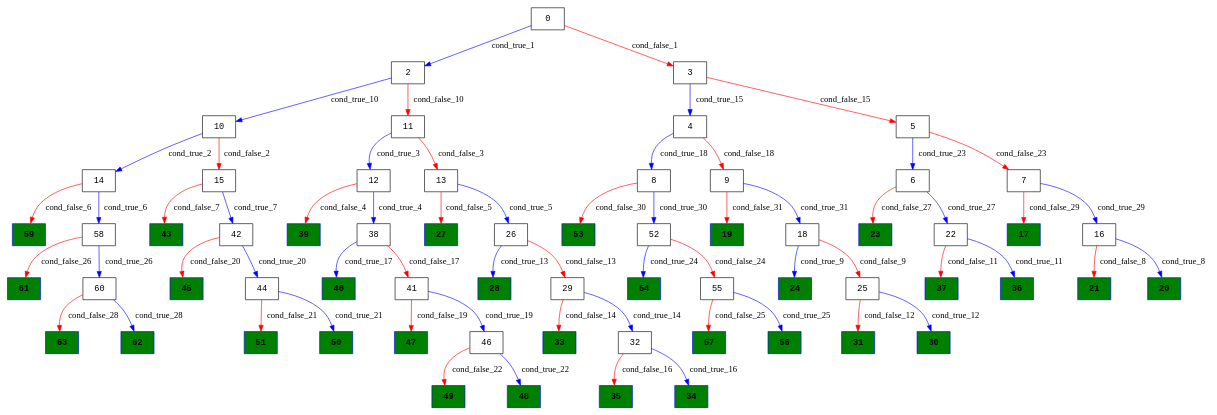
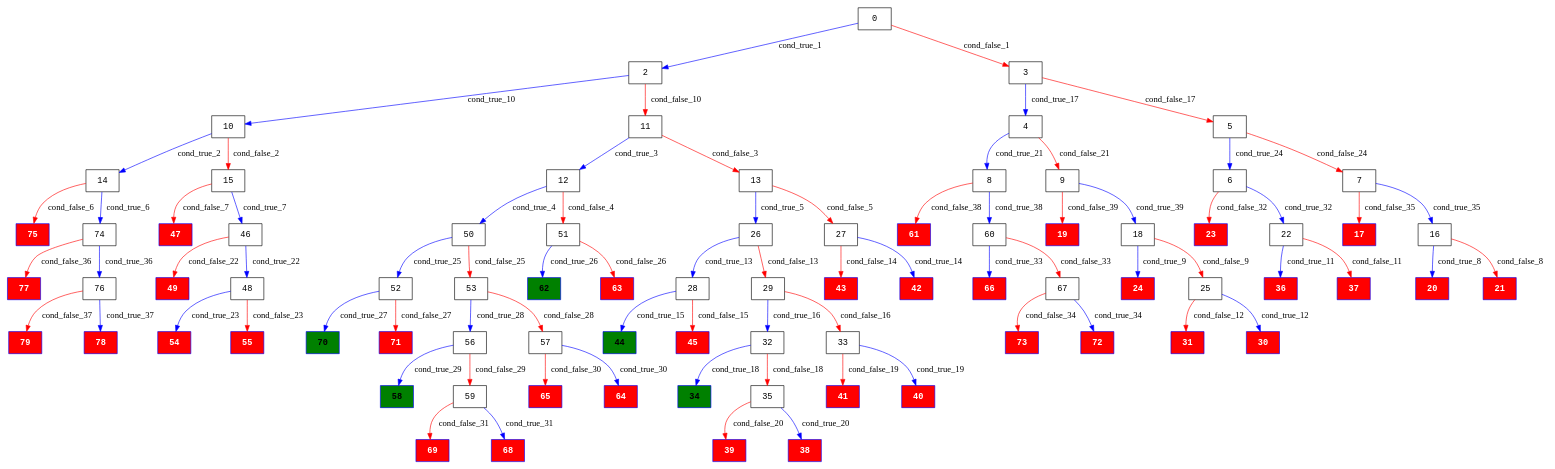
One commit to Research-Tools-PAVT/PSE-Program-Examples changed the diagram in klee_results/monotone_binary_int_all_processed/monotone_binary_int_all_execution_tree.dot. Above: the diagram before and after it, drawn with Graphviz. The commit also changed 186 other files, not shown here.

```diff
--- a/klee_results/monotone_binary_int_all_processed/monotone_binary_int_all_execution_tree.dot
+++ b/klee_results/monotone_binary_int_all_processed/monotone_binary_int_all_execution_tree.dot
@@ -1,97 +1,121 @@
 digraph ExecutionTree {
 	node [color=black fontname=Courier height=.5 shape=record]
-	63 [color=blue, fillcolor=green, style=filled, fontcolor=black, fontname="Courier-Bold"]
+	70 [color=blue, fillcolor=green, style=filled, fontcolor=black, fontname="Courier-Bold"]
 	62 [color=blue, fillcolor=green, style=filled, fontcolor=black, fontname="Courier-Bold"]
-	61 [color=blue, fillcolor=green, style=filled, fontcolor=black, fontname="Courier-Bold"]
-	59 [color=blue, fillcolor=green, style=filled, fontcolor=black, fontname="Courier-Bold"]
-	57 [color=blue, fillcolor=green, style=filled, fontcolor=black, fontname="Courier-Bold"]
-	56 [color=blue, fillcolor=green, style=filled, fontcolor=black, fontname="Courier-Bold"]
-	54 [color=blue, fillcolor=green, style=filled, fontcolor=black, fontname="Courier-Bold"]
-	53 [color=blue, fillcolor=green, style=filled, fontcolor=black, fontname="Courier-Bold"]
-	51 [color=blue, fillcolor=green, style=filled, fontcolor=black, fontname="Courier-Bold"]
-	50 [color=blue, fillcolor=green, style=filled, fontcolor=black, fontname="Courier-Bold"]
-	49 [color=blue, fillcolor=green, style=filled, fontcolor=black, fontname="Courier-Bold"]
-	48 [color=blue, fillcolor=green, style=filled, fontcolor=black, fontname="Courier-Bold"]
-	47 [color=blue, fillcolor=green, style=filled, fontcolor=black, fontname="Courier-Bold"]
-	45 [color=blue, fillcolor=green, style=filled, fontcolor=black, fontname="Courier-Bold"]
-	43 [color=blue, fillcolor=green, style=filled, fontcolor=black, fontname="Courier-Bold"]
-	40 [color=blue, fillcolor=green, style=filled, fontcolor=black, fontname="Courier-Bold"]
-	39 [color=blue, fillcolor=green, style=filled, fontcolor=black, fontname="Courier-Bold"]
-	37 [color=blue, fillcolor=green, style=filled, fontcolor=black, fontname="Courier-Bold"]
-	36 [color=blue, fillcolor=green, style=filled, fontcolor=black, fontname="Courier-Bold"]
-	35 [color=blue, fillcolor=green, style=filled, fontcolor=black, fontname="Courier-Bold"]
+	58 [color=blue, fillcolor=green, style=filled, fontcolor=black, fontname="Courier-Bold"]
+	44 [color=blue, fillcolor=green, style=filled, fontcolor=black, fontname="Courier-Bold"]
 	34 [color=blue, fillcolor=green, style=filled, fontcolor=black, fontname="Courier-Bold"]
-	33 [color=blue, fillcolor=green, style=filled, fontcolor=black, fontname="Courier-Bold"]
-	31 [color=blue, fillcolor=green, style=filled, fontcolor=black, fontname="Courier-Bold"]
-	30 [color=blue, fillcolor=green, style=filled, fontcolor=black, fontname="Courier-Bold"]
-	28 [color=blue, fillcolor=green, style=filled, fontcolor=black, fontname="Courier-Bold"]
-	27 [color=blue, fillcolor=green, style=filled, fontcolor=black, fontname="Courier-Bold"]
-	24 [color=blue, fillcolor=green, style=filled, fontcolor=black, fontname="Courier-Bold"]
-	23 [color=blue, fillcolor=green, style=filled, fontcolor=black, fontname="Courier-Bold"]
-	21 [color=blue, fillcolor=green, style=filled, fontcolor=black, fontname="Courier-Bold"]
-	20 [color=blue, fillcolor=green, style=filled, fontcolor=black, fontname="Courier-Bold"]
-	19 [color=blue, fillcolor=green, style=filled, fontcolor=black, fontname="Courier-Bold"]
-	17 [color=blue, fillcolor=green, style=filled, fontcolor=black, fontname="Courier-Bold"]
+	17 [color=blue, fillcolor=red, style=filled, fontcolor=white, fontname="Courier-Bold"]
+	54 [color=blue, fillcolor=red, style=filled, fontcolor=white, fontname="Courier-Bold"]
+	24 [color=blue, fillcolor=red, style=filled, fontcolor=white, fontname="Courier-Bold"]
+	79 [color=blue, fillcolor=red, style=filled, fontcolor=white, fontname="Courier-Bold"]
+	20 [color=blue, fillcolor=red, style=filled, fontcolor=white, fontname="Courier-Bold"]
+	77 [color=blue, fillcolor=red, style=filled, fontcolor=white, fontname="Courier-Bold"]
+	75 [color=blue, fillcolor=red, style=filled, fontcolor=white, fontname="Courier-Bold"]
+	73 [color=blue, fillcolor=red, style=filled, fontcolor=white, fontname="Courier-Bold"]
+	71 [color=blue, fillcolor=red, style=filled, fontcolor=white, fontname="Courier-Bold"]
+	69 [color=blue, fillcolor=red, style=filled, fontcolor=white, fontname="Courier-Bold"]
+	72 [color=blue, fillcolor=red, style=filled, fontcolor=white, fontname="Courier-Bold"]
+	65 [color=blue, fillcolor=red, style=filled, fontcolor=white, fontname="Courier-Bold"]
+	63 [color=blue, fillcolor=red, style=filled, fontcolor=white, fontname="Courier-Bold"]
+	61 [color=blue, fillcolor=red, style=filled, fontcolor=white, fontname="Courier-Bold"]
+	68 [color=blue, fillcolor=red, style=filled, fontcolor=white, fontname="Courier-Bold"]
+	36 [color=blue, fillcolor=red, style=filled, fontcolor=white, fontname="Courier-Bold"]
+	64 [color=blue, fillcolor=red, style=filled, fontcolor=white, fontname="Courier-Bold"]
+	55 [color=blue, fillcolor=red, style=filled, fontcolor=white, fontname="Courier-Bold"]
+	49 [color=blue, fillcolor=red, style=filled, fontcolor=white, fontname="Courier-Bold"]
+	47 [color=blue, fillcolor=red, style=filled, fontcolor=white, fontname="Courier-Bold"]
+	45 [color=blue, fillcolor=red, style=filled, fontcolor=white, fontname="Courier-Bold"]
+	43 [color=blue, fillcolor=red, style=filled, fontcolor=white, fontname="Courier-Bold"]
+	41 [color=blue, fillcolor=red, style=filled, fontcolor=white, fontname="Courier-Bold"]
+	39 [color=blue, fillcolor=red, style=filled, fontcolor=white, fontname="Courier-Bold"]
+	66 [color=blue, fillcolor=red, style=filled, fontcolor=white, fontname="Courier-Bold"]
+	37 [color=blue, fillcolor=red, style=filled, fontcolor=white, fontname="Courier-Bold"]
+	38 [color=blue, fillcolor=red, style=filled, fontcolor=white, fontname="Courier-Bold"]
+	40 [color=blue, fillcolor=red, style=filled, fontcolor=white, fontname="Courier-Bold"]
+	31 [color=blue, fillcolor=red, style=filled, fontcolor=white, fontname="Courier-Bold"]
+	42 [color=blue, fillcolor=red, style=filled, fontcolor=white, fontname="Courier-Bold"]
+	30 [color=blue, fillcolor=red, style=filled, fontcolor=white, fontname="Courier-Bold"]
+	23 [color=blue, fillcolor=red, style=filled, fontcolor=white, fontname="Courier-Bold"]
+	21 [color=blue, fillcolor=red, style=filled, fontcolor=white, fontname="Courier-Bold"]
+	19 [color=blue, fillcolor=red, style=filled, fontcolor=white, fontname="Courier-Bold"]
+	78 [color=blue, fillcolor=red, style=filled, fontcolor=white, fontname="Courier-Bold"]
 	0 -> 2 [label=cond_true_1 color=blue]
 	0 -> 3 [label=cond_false_1 color=red]
 	2 -> 10 [label=cond_true_10 color=blue]
 	2 -> 11 [label=cond_false_10 color=red]
-	3 -> 4 [label=cond_true_15 color=blue]
-	3 -> 5 [label=cond_false_15 color=red]
+	3 -> 4 [label=cond_true_17 color=blue]
+	3 -> 5 [label=cond_false_17 color=red]
 	10 -> 14 [label=cond_true_2 color=blue]
 	10 -> 15 [label=cond_false_2 color=red]
-	14 -> 58 [label=cond_true_6 color=blue]
-	14 -> 59 [label=cond_false_6 color=red]
-	15 -> 42 [label=cond_true_7 color=blue]
-	15 -> 43 [label=cond_false_7 color=red]
+	14 -> 74 [label=cond_true_6 color=blue]
+	14 -> 75 [label=cond_false_6 color=red]
+	15 -> 46 [label=cond_true_7 color=blue]
+	15 -> 47 [label=cond_false_7 color=red]
 	11 -> 12 [label=cond_true_3 color=blue]
 	11 -> 13 [label=cond_false_3 color=red]
-	12 -> 38 [label=cond_true_4 color=blue]
-	12 -> 39 [label=cond_false_4 color=red]
+	12 -> 50 [label=cond_true_4 color=blue]
+	12 -> 51 [label=cond_false_4 color=red]
 	13 -> 26 [label=cond_true_5 color=blue]
 	13 -> 27 [label=cond_false_5 color=red]
-	38 -> 40 [label=cond_true_17 color=blue]
-	38 -> 41 [label=cond_false_17 color=red]
+	50 -> 52 [label=cond_true_25 color=blue]
+	50 -> 53 [label=cond_false_25 color=red]
+	51 -> 62 [label=cond_true_26 color=blue]
+	51 -> 63 [label=cond_false_26 color=red]
 	26 -> 28 [label=cond_true_13 color=blue]
 	26 -> 29 [label=cond_false_13 color=red]
-	58 -> 60 [label=cond_true_26 color=blue]
-	58 -> 61 [label=cond_false_26 color=red]
-	42 -> 44 [label=cond_true_20 color=blue]
-	42 -> 45 [label=cond_false_20 color=red]
+	27 -> 42 [label=cond_true_14 color=blue]
+	27 -> 43 [label=cond_false_14 color=red]
+	74 -> 76 [label=cond_true_36 color=blue]
+	74 -> 77 [label=cond_false_36 color=red]
+	46 -> 48 [label=cond_true_22 color=blue]
+	46 -> 49 [label=cond_false_22 color=red]
 	16 -> 20 [label=cond_true_8 color=blue]
 	16 -> 21 [label=cond_false_8 color=red]
 	18 -> 24 [label=cond_true_9 color=blue]
 	18 -> 25 [label=cond_false_9 color=red]
 	25 -> 30 [label=cond_true_12 color=blue]
 	25 -> 31 [label=cond_false_12 color=red]
 	22 -> 36 [label=cond_true_11 color=blue]
 	22 -> 37 [label=cond_false_11 color=red]
-	29 -> 32 [label=cond_true_14 color=blue]
-	29 -> 33 [label=cond_false_14 color=red]
-	32 -> 34 [label=cond_true_16 color=blue]
-	32 -> 35 [label=cond_false_16 color=red]
-	4 -> 8 [label=cond_true_18 color=blue]
-	4 -> 9 [label=cond_false_18 color=red]
-	5 -> 6 [label=cond_true_23 color=blue]
-	5 -> 7 [label=cond_false_23 color=red]
-	41 -> 46 [label=cond_true_19 color=blue]
-	41 -> 47 [label=cond_false_19 color=red]
-	8 -> 52 [label=cond_true_30 color=blue]
-	8 -> 53 [label=cond_false_30 color=red]
-	9 -> 18 [label=cond_true_31 color=blue]
-	9 -> 19 [label=cond_false_31 color=red]
-	46 -> 48 [label=cond_true_22 color=blue]
-	46 -> 49 [label=cond_false_22 color=red]
-	44 -> 50 [label=cond_true_21 color=blue]
-	44 -> 51 [label=cond_false_21 color=red]
-	6 -> 22 [label=cond_true_27 color=blue]
-	6 -> 23 [label=cond_false_27 color=red]
-	7 -> 16 [label=cond_true_29 color=blue]
-	7 -> 17 [label=cond_false_29 color=red]
-	52 -> 54 [label=cond_true_24 color=blue]
-	52 -> 55 [label=cond_false_24 color=red]
-	55 -> 56 [label=cond_true_25 color=blue]
-	55 -> 57 [label=cond_false_25 color=red]
-	60 -> 62 [label=cond_true_28 color=blue]
-	60 -> 63 [label=cond_false_28 color=red]
+	28 -> 44 [label=cond_true_15 color=blue]
+	28 -> 45 [label=cond_false_15 color=red]
+	29 -> 32 [label=cond_true_16 color=blue]
+	29 -> 33 [label=cond_false_16 color=red]
+	32 -> 34 [label=cond_true_18 color=blue]
+	32 -> 35 [label=cond_false_18 color=red]
+	33 -> 40 [label=cond_true_19 color=blue]
+	33 -> 41 [label=cond_false_19 color=red]
+	4 -> 8 [label=cond_true_21 color=blue]
+	4 -> 9 [label=cond_false_21 color=red]
+	5 -> 6 [label=cond_true_24 color=blue]
+	5 -> 7 [label=cond_false_24 color=red]
+	35 -> 38 [label=cond_true_20 color=blue]
+	35 -> 39 [label=cond_false_20 color=red]
+	8 -> 60 [label=cond_true_38 color=blue]
+	8 -> 61 [label=cond_false_38 color=red]
+	9 -> 18 [label=cond_true_39 color=blue]
+	9 -> 19 [label=cond_false_39 color=red]
+	48 -> 54 [label=cond_true_23 color=blue]
+	48 -> 55 [label=cond_false_23 color=red]
+	6 -> 22 [label=cond_true_32 color=blue]
+	6 -> 23 [label=cond_false_32 color=red]
+	7 -> 16 [label=cond_true_35 color=blue]
+	7 -> 17 [label=cond_false_35 color=red]
+	52 -> 70 [label=cond_true_27 color=blue]
+	52 -> 71 [label=cond_false_27 color=red]
+	53 -> 56 [label=cond_true_28 color=blue]
+	53 -> 57 [label=cond_false_28 color=red]
+	56 -> 58 [label=cond_true_29 color=blue]
+	56 -> 59 [label=cond_false_29 color=red]
+	57 -> 64 [label=cond_true_30 color=blue]
+	57 -> 65 [label=cond_false_30 color=red]
+	59 -> 68 [label=cond_true_31 color=blue]
+	59 -> 69 [label=cond_false_31 color=red]
+	60 -> 66 [label=cond_true_33 color=blue]
+	60 -> 67 [label=cond_false_33 color=red]
+	67 -> 72 [label=cond_true_34 color=blue]
+	67 -> 73 [label=cond_false_34 color=red]
+	76 -> 78 [label=cond_true_37 color=blue]
+	76 -> 79 [label=cond_false_37 color=red]
 }
```
